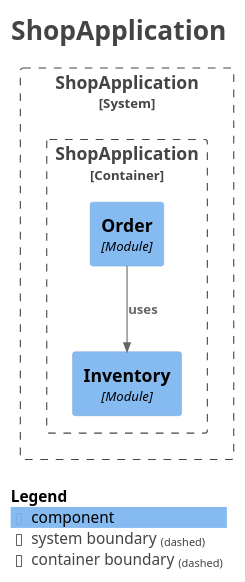
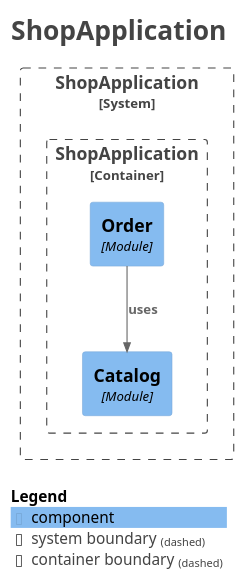
One commit to Datiacode-Tech/spring-modulith-shop changed the diagram in docs/modules/components.puml. Above: the diagram before and after it, drawn with PlantUML. The commit also changed 36 other files, not shown here.

First line of the commit message:
changed: separa catalog de inventory para evitar el ciclo con order

```diff
--- a/docs/modules/components.puml
+++ b/docs/modules/components.puml
@@ -1,30 +1,30 @@
 @startuml
 title <size:24>ShopApplication</size>
 
 set separator none
 top to bottom direction
 
 <style>
   root {
     BackgroundColor: #ffffff
     FontColor: #444444
   }
 </style>
 
 !include <C4/C4>
 !include <C4/C4_Context>
 !include <C4/C4_Component>
 
 System_Boundary("ShopApplication_boundary", "ShopApplication", $tags="") {
   Container_Boundary("ShopApplication.ShopApplication_boundary", "ShopApplication", $tags="") {
-    Component(ShopApplication.ShopApplication.Inventory, "Inventory", $techn="Module", $descr="", $tags="", $link="")
+    Component(ShopApplication.ShopApplication.Catalog, "Catalog", $techn="Module", $descr="", $tags="", $link="")
     Component(ShopApplication.ShopApplication.Order, "Order", $techn="Module", $descr="", $tags="", $link="")
   }
 
 }
 
-Rel(ShopApplication.ShopApplication.Order, ShopApplication.ShopApplication.Inventory, "uses", $techn="", $tags="", $link="")
+Rel(ShopApplication.ShopApplication.Order, ShopApplication.ShopApplication.Catalog, "uses", $techn="", $tags="", $link="")
 
 SHOW_LEGEND(true)
 hide stereotypes
 @enduml
```
